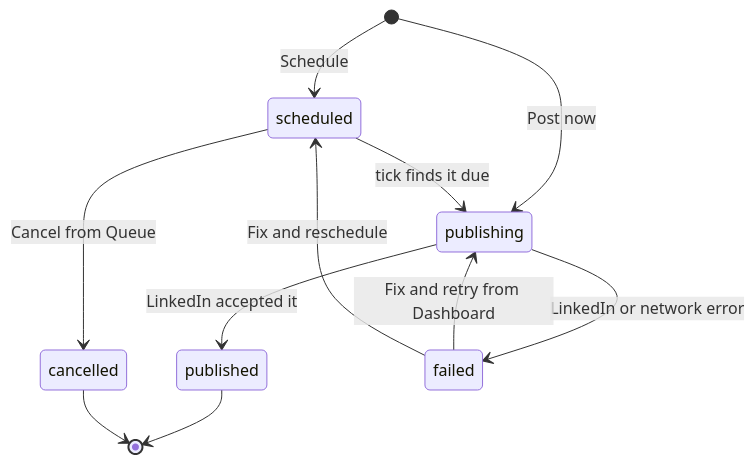
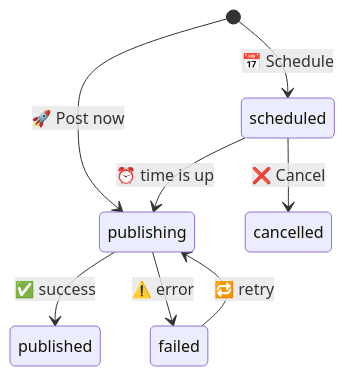
Before and after one commit to jeetu-programmer7887/LinkedInAutomation: the second of 2 diagrams in README.md, drawn with Mermaid. The commit also changed other lines of this file and 2 other files, not shown here.

````diff
--- a/README.md
+++ b/README.md
@@ -103,13 +154,10 @@
 ```mermaid
 stateDiagram-v2
-    [*] --> scheduled: Schedule
-    [*] --> publishing: Post now
-    scheduled --> publishing: tick finds it due
-    scheduled --> cancelled: Cancel from Queue
-    publishing --> published: LinkedIn accepted it
-    publishing --> failed: LinkedIn or network error
-    failed --> publishing: Fix and retry from Dashboard
-    failed --> scheduled: Fix and reschedule
-    published --> [*]
-    cancelled --> [*]
+    [*] --> scheduled: 📅 Schedule
+    [*] --> publishing: 🚀 Post now
+    scheduled --> publishing: ⏰ time is up
+    scheduled --> cancelled: ❌ Cancel
+    publishing --> published: ✅ success
+    publishing --> failed: ⚠️ error
+    failed --> publishing: 🔁 retry
 ```
````
